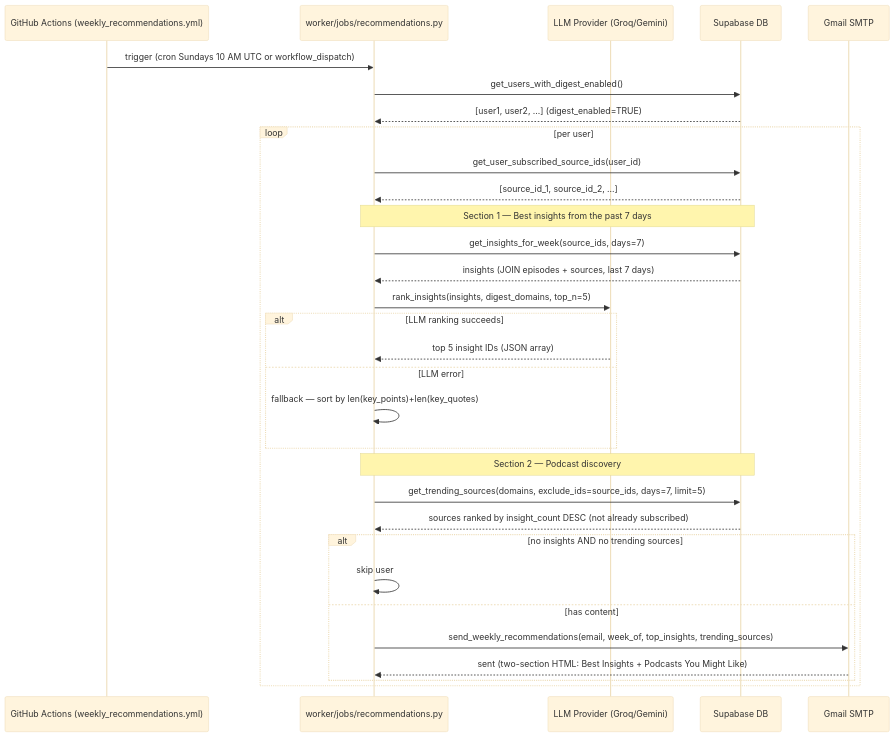
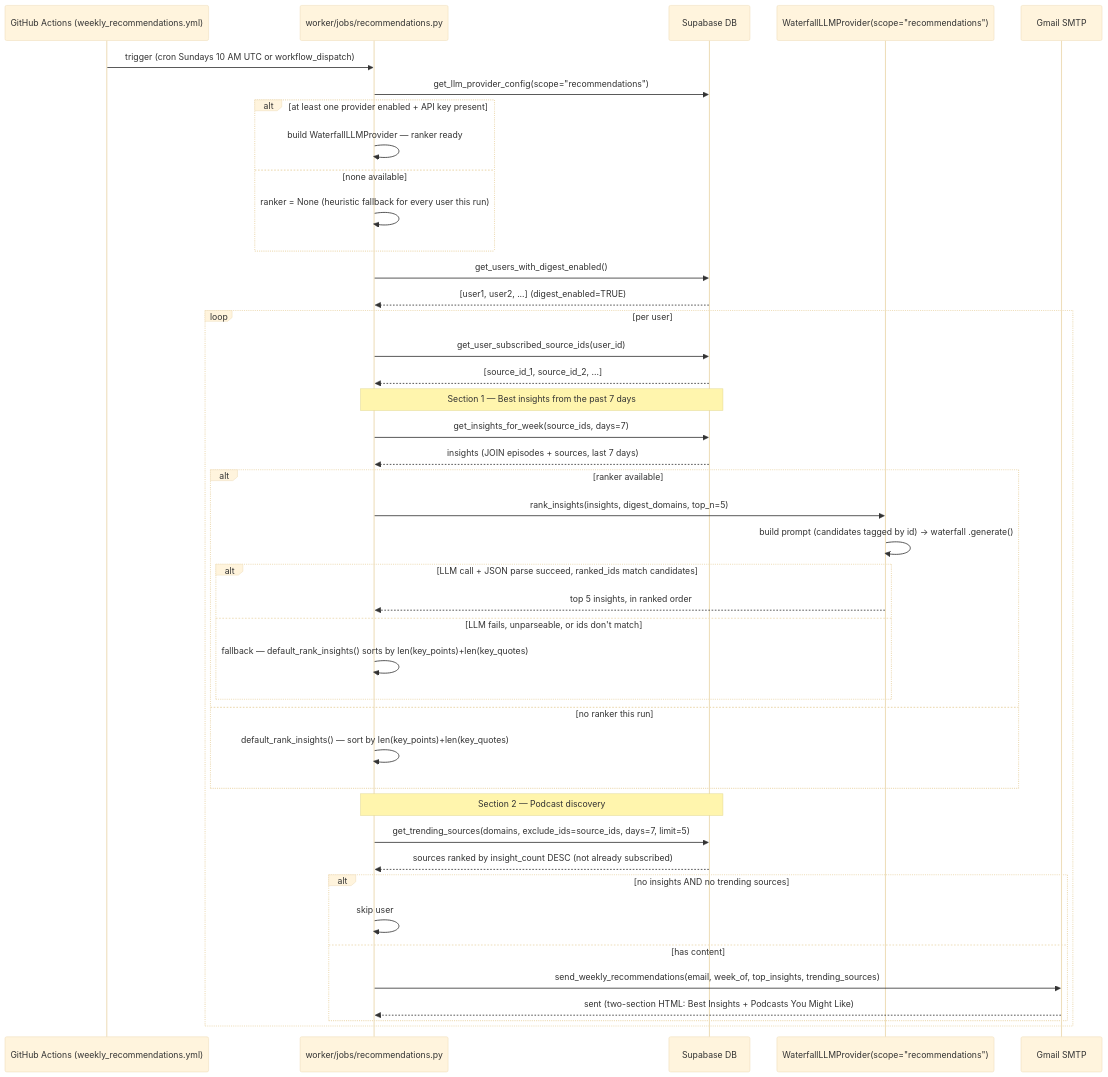
One commit to vtghub/PodcastsSummarizer changed diagram 24 of 29 in docs/request-workflow.md. Above: the diagram before and after it, drawn with Mermaid (base theme). The commit also changed other lines of this file and 1 other file, not shown here.

First line of the commit message:
docs: update architecture and workflow diagrams post-PR #294

````diff
--- a/docs/request-workflow.md
+++ b/docs/request-workflow.md
@@ -897,38 +897,49 @@
 ```mermaid
 sequenceDiagram
     participant GH as GitHub Actions (weekly_recommendations.yml)
     participant JOB as worker/jobs/recommendations.py
-    participant LLM as LLM Provider (Groq/Gemini)
     participant DB as Supabase DB
+    participant LLM as WaterfallLLMProvider(scope="recommendations")
     participant MAIL as Gmail SMTP
 
     GH->>JOB: trigger (cron Sundays 10 AM UTC or workflow_dispatch)
+    JOB->>DB: get_llm_provider_config(scope="recommendations")
+    alt at least one provider enabled + API key present
+        JOB->>JOB: build WaterfallLLMProvider — ranker ready
+    else none available
+        JOB->>JOB: ranker = None (heuristic fallback for every user this run)
+    end
     JOB->>DB: get_users_with_digest_enabled()
     DB-->>JOB: [user1, user2, ...] (digest_enabled=TRUE)
 
     loop per user
         JOB->>DB: get_user_subscribed_source_ids(user_id)
         DB-->>JOB: [source_id_1, source_id_2, ...]
 
         Note over JOB,DB: Section 1 — Best insights from the past 7 days
         JOB->>DB: get_insights_for_week(source_ids, days=7)
         DB-->>JOB: insights (JOIN episodes + sources, last 7 days)
-        JOB->>LLM: rank_insights(insights, digest_domains, top_n=5)
-        alt LLM ranking succeeds
-            LLM-->>JOB: top 5 insight IDs (JSON array)
-        else LLM error
-            JOB->>JOB: fallback — sort by len(key_points)+len(key_quotes)
+        alt ranker available
+            JOB->>LLM: rank_insights(insights, digest_domains, top_n=5)
+            LLM->>LLM: build prompt (candidates tagged by id) → waterfall .generate()
+            alt LLM call + JSON parse succeed, ranked_ids match candidates
+                LLM-->>JOB: top 5 insights, in ranked order
+            else LLM fails, unparseable, or ids don't match
+                JOB->>JOB: fallback — default_rank_insights() sorts by len(key_points)+len(key_quotes)
+            end
+        else no ranker this run
+            JOB->>JOB: default_rank_insights() — sort by len(key_points)+len(key_quotes)
         end
 
         Note over JOB,DB: Section 2 — Podcast discovery
         JOB->>DB: get_trending_sources(domains, exclude_ids=source_ids, days=7, limit=5)
         DB-->>JOB: sources ranked by insight_count DESC (not already subscribed)
 
         alt no insights AND no trending sources
             JOB->>JOB: skip user
         else has content
             JOB->>MAIL: send_weekly_recommendations(email, week_of, top_insights, trending_sources)
             MAIL-->>JOB: sent (two-section HTML: Best Insights + Podcasts You Might Like)
         end
     end
 ```
````
